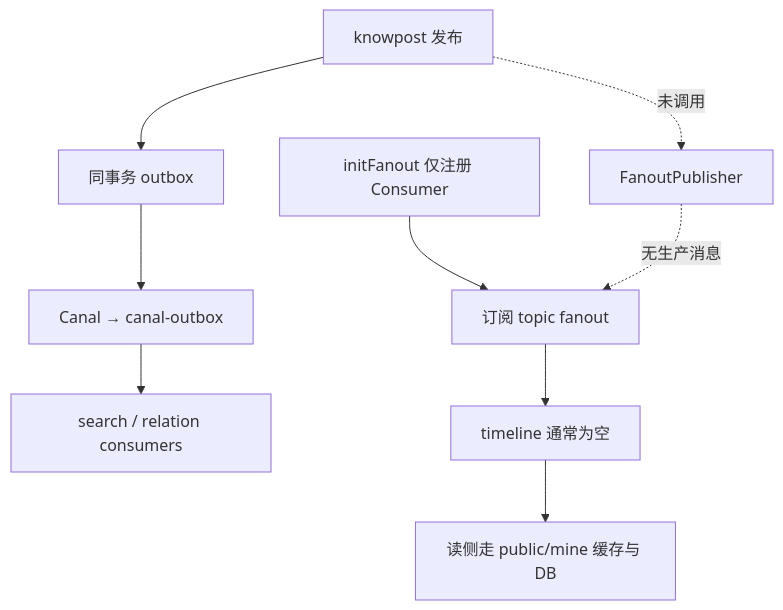
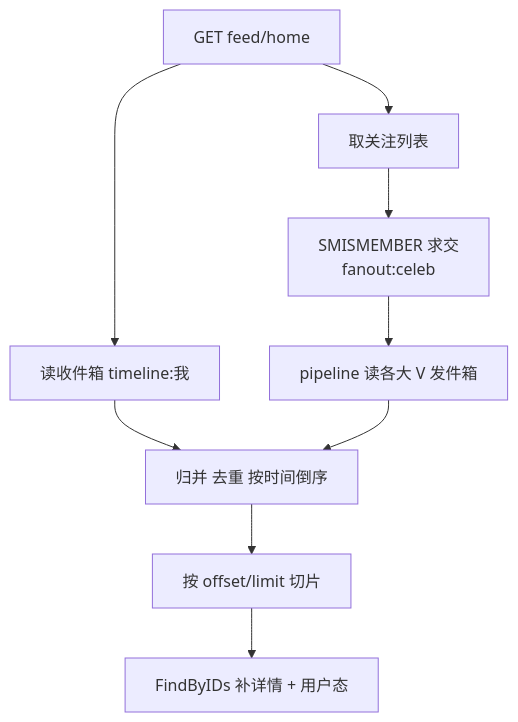
Diagram 11 of 23 in docs/跨模块流程图.md (bitladykiller/zhiguang_go), drawn with Mermaid before and after one commit. The commit also changed other lines of this file and 43 other files, not shown here.

````diff
--- a/docs/跨模块流程图.md
+++ b/docs/跨模块流程图.md
@@ -420,11 +430,10 @@
 ```mermaid
 flowchart TD
-    A[knowpost 发布] --> B[同事务 outbox]
-    B --> C[Canal → canal-outbox]
-    C --> D[search / relation consumers]
-    A -.->|未调用| E[FanoutPublisher]
-    F[initFanout 仅注册 Consumer] --> G[订阅 topic fanout]
-    E -.->|无生产消息| G
-    G --> H[timeline 通常为空]
-    H --> I[读侧走 public/mine 缓存与 DB]
+    A[GET feed/home] --> B[读收件箱 timeline:我]
+    A --> C[取关注列表]
+    C --> D[SMISMEMBER 求交<br/>fanout:celeb]
+    D --> E[pipeline 读各大 V 发件箱]
+    B & E --> F[归并 去重 按时间倒序]
+    F --> G[按 offset/limit 切片]
+    G --> H[FindByIDs 补详情 + 用户态]
 ```
````
